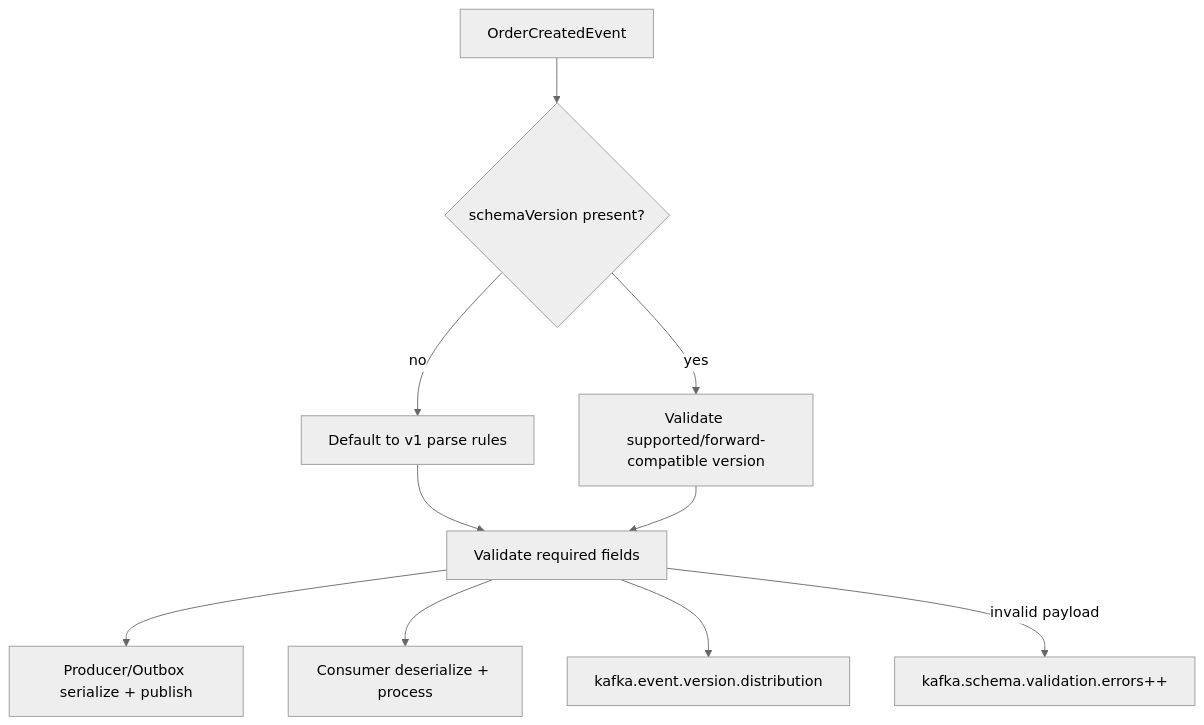
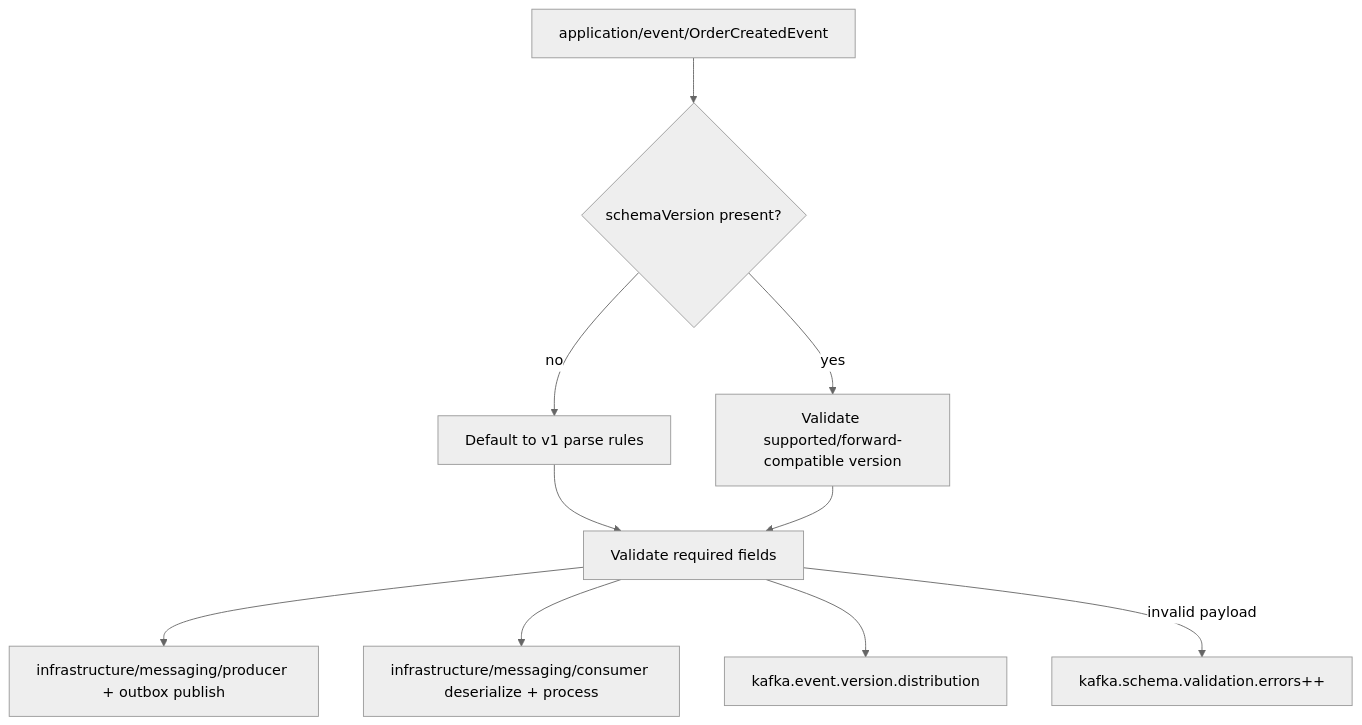
One commit to AbhinavT09/OrderProcessingSystem changed the fifth of 5 diagrams in docs/index.md. Above: the diagram before and after it, drawn with Mermaid (neutral theme). The commit also changed other lines of this file and 67 other files, not shown here.

Commit message:
update mermaid diagram in the docs

````diff
--- a/docs/index.md
+++ b/docs/index.md
@@ -147,12 +147,12 @@
 ```mermaid
 flowchart TD
-    E[OrderCreatedEvent] --> V{schemaVersion present?}
+    E[application/event/OrderCreatedEvent] --> V{schemaVersion present?}
     V -- no --> D[Default to v1 parse rules]
     V -- yes --> C[Validate supported/forward-compatible version]
     D --> S[Validate required fields]
     C --> S
-    S --> P[Producer/Outbox serialize + publish]
-    S --> Q[Consumer deserialize + process]
+    S --> P[infrastructure/messaging/producer + outbox publish]
+    S --> Q[infrastructure/messaging/consumer deserialize + process]
     S --> M[kafka.event.version.distribution]
     S -->|invalid payload| ERR[kafka.schema.validation.errors++]
 ```
````
